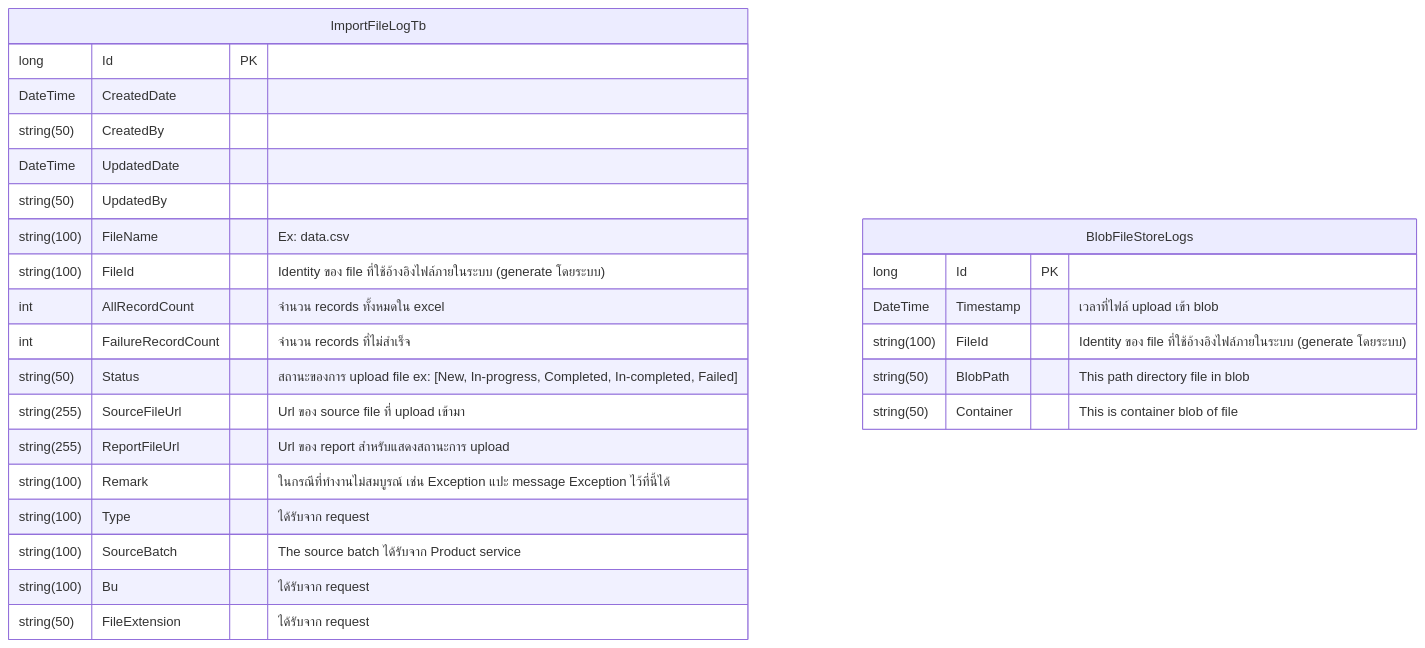
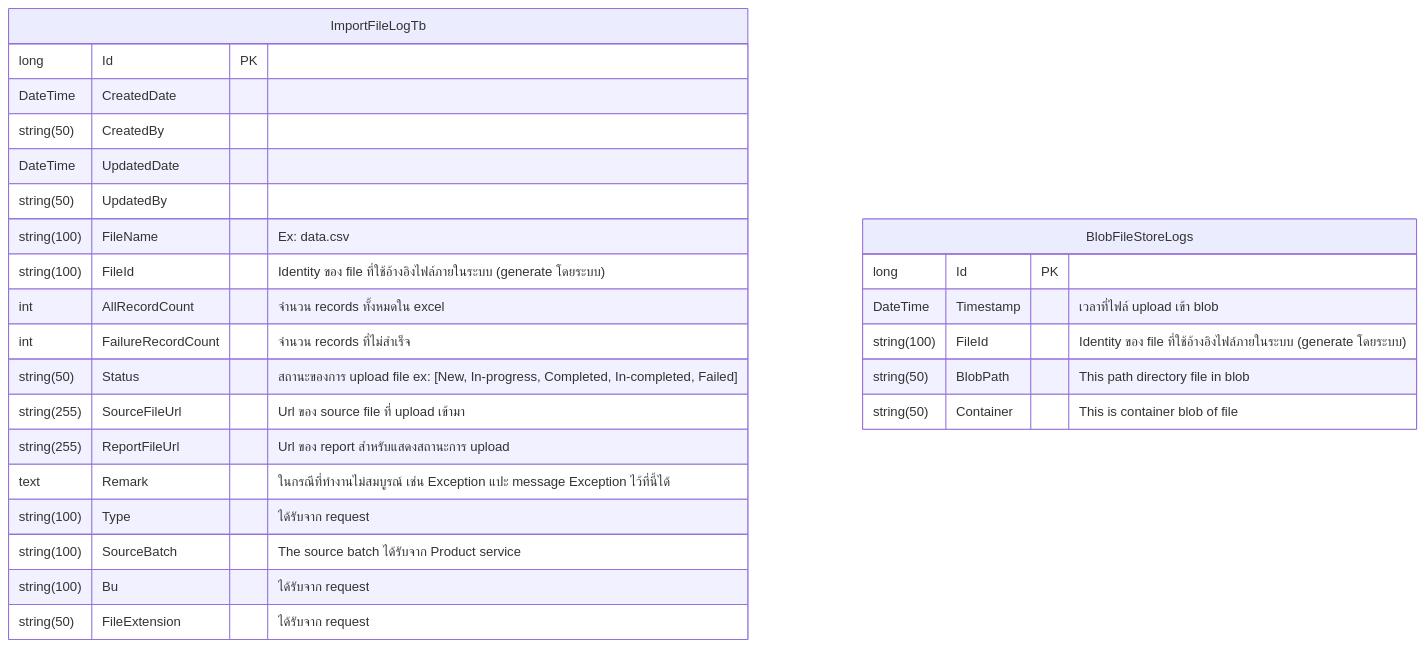
One commit to rosered11/org_document changed the diagram in SPC/CRL/ER-diagram.md. Above: the diagram before and after it, drawn with Mermaid. The commit also changed 1 other file, not shown here.

Commit message:
update spec

````diff
--- a/SPC/CRL/ER-diagram.md
+++ b/SPC/CRL/ER-diagram.md
@@ -1,29 +1,29 @@
 ```mermaid
 erDiagram
     ImportFileLogTb {
         long Id PK
         DateTime CreatedDate
         string(50) CreatedBy
         DateTime UpdatedDate
         string(50) UpdatedBy
         string(100) FileName "Ex: data.csv"
         string(100) FileId "Identity ของ file ที่ใช้อ้างอิงไฟล์ภายในระบบ (generate โดยระบบ)"
         int AllRecordCount "จำนวน records ทั้งหมดใน excel"
         int FailureRecordCount "จำนวน records ที่ไม่สำเร็จ"
         string(50) Status "สถานะของการ upload file ex: [New, In-progress, Completed, In-completed, Failed]"
         string(255) SourceFileUrl "Url ของ source file ที่ upload เข้ามา"
         string(255) ReportFileUrl "Url ของ report สำหรับแสดงสถานะการ upload"
-        string(100) Remark "ในกรณีที่ทำงานไม่สมบูรณ์ เช่น Exception แปะ message Exception ไว้ที่นี้ได้"
+        text Remark "ในกรณีที่ทำงานไม่สมบูรณ์ เช่น Exception แปะ message Exception ไว้ที่นี้ได้"
         string(100) Type "ได้รับจาก request"
         string(100) SourceBatch "The source batch ได้รับจาก Product service"
         string(100) Bu "ได้รับจาก request"
         string(50) FileExtension "ได้รับจาก request"
     }
     BlobFileStoreLogs {
         long Id PK
         DateTime Timestamp "เวลาที่ไฟล์ upload เข้า blob"
         string(100) FileId "Identity ของ file ที่ใช้อ้างอิงไฟล์ภายในระบบ (generate โดยระบบ)"
         string(50) BlobPath "This path directory file in blob"
         string(50) Container "This is container blob of file"
     }
 ```
````
